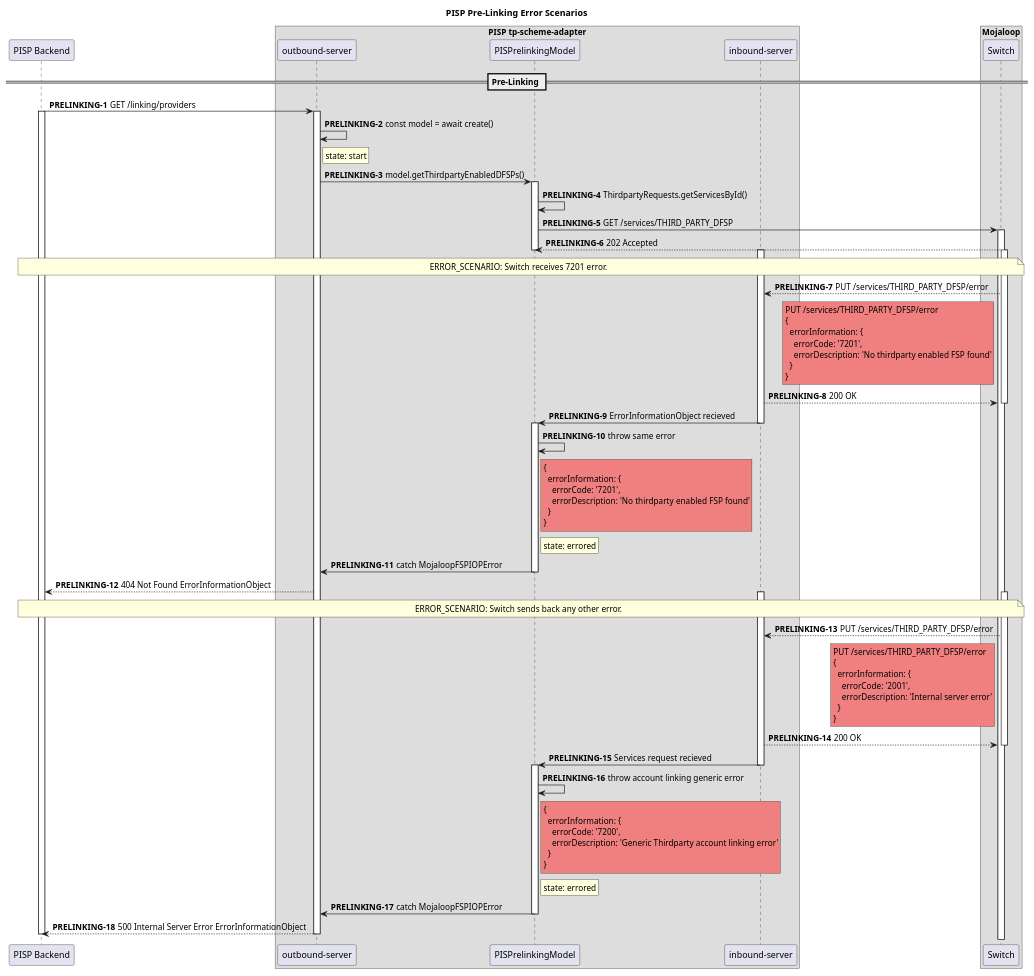
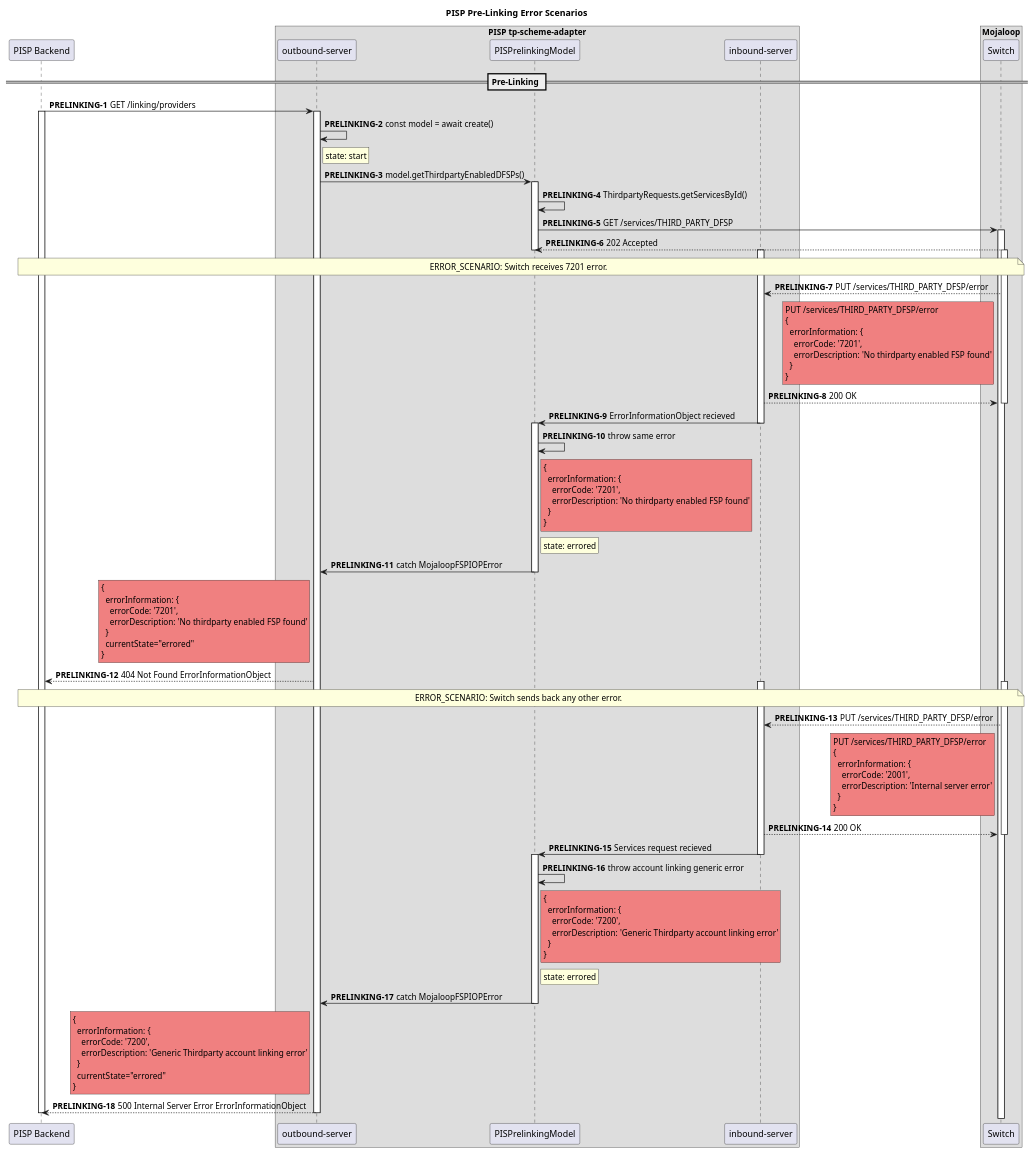
The diagram in docs/sequence/error_scenarios/PISPPreLinkingApi.puml (mojaloop/thirdparty-sdk), drawn with PlantUML before and after one commit. The commit also changed 3 other files, not shown here.

```diff
--- a/docs/sequence/error_scenarios/PISPPreLinkingApi.puml
+++ b/docs/sequence/error_scenarios/PISPPreLinkingApi.puml
@@ -1,123 +1,139 @@
 @startuml
 
 title PISP Pre-Linking Error Scenarios
 
 participant "PISP Backend" as PISP
 box "PISP tp-scheme-adapter"
   participant "outbound-server" as PISP_TP_OUT
   participant "PISPrelinkingModel" as PISP_PLM
   participant "inbound-server" as PISP_TP_IN
 end box
 box "Mojaloop"
     participant Switch
 end box
 
 == Pre-Linking ==
 autonumber 1 "<b>PRELINKING-#</b>"
 
 PISP -> PISP_TP_OUT: GET /linking/providers
 
 activate PISP
 activate PISP_TP_OUT
 
 PISP_TP_OUT -> PISP_TP_OUT: const model = await create()
 rnote right of PISP_TP_OUT: state: start
 PISP_TP_OUT -> PISP_PLM: model.getThirdpartyEnabledDFSPs()
 
 activate PISP_PLM
 
 PISP_PLM -> PISP_PLM: ThirdpartyRequests.getServicesById()
 PISP_PLM -> Switch: GET /services/THIRD_PARTY_DFSP
 
 activate Switch
 Switch --> PISP_PLM: 202 Accepted
 deactivate PISP_PLM
 
 note over PISP, Switch
   ERROR_SCENARIO: Switch receives 7201 error.
 end note
 
 activate PISP_TP_IN
 activate Switch
 
 Switch --> PISP_TP_IN: PUT /services/THIRD_PARTY_DFSP/error
 rnote left of Switch #LightCoral
 PUT /services/THIRD_PARTY_DFSP/error
 {
   errorInformation: {
     errorCode: '7201',
     errorDescription: 'No thirdparty enabled FSP found'
   }
 }
 end note
 PISP_TP_IN --> Switch: 200 OK
 
 deactivate Switch
 
 PISP_TP_IN -> PISP_PLM: ErrorInformationObject recieved
 
 deactivate PISP_TP_IN
 activate PISP_PLM
 
 PISP_PLM -> PISP_PLM: throw same error
 rnote right of PISP_PLM #LightCoral
 {
   errorInformation: {
     errorCode: '7201',
     errorDescription: 'No thirdparty enabled FSP found'
   }
 }
 end note
 rnote right of PISP_PLM: state: errored
 PISP_PLM -> PISP_TP_OUT: catch MojaloopFSPIOPError
 
 deactivate PISP_PLM
-
+rnote left of PISP_TP_OUT #LightCoral
+{
+  errorInformation: {
+    errorCode: '7201',
+    errorDescription: 'No thirdparty enabled FSP found'
+  }
+  currentState="errored"
+}
+end note
 PISP_TP_OUT --> PISP: 404 Not Found ErrorInformationObject
 
 
 note over PISP, Switch
   ERROR_SCENARIO: Switch sends back any other error.
 end note
 
 activate PISP_TP_IN
 activate Switch
 Switch --> PISP_TP_IN: PUT /services/THIRD_PARTY_DFSP/error
 rnote left of Switch #LightCoral
 PUT /services/THIRD_PARTY_DFSP/error
 {
   errorInformation: {
     errorCode: '2001',
     errorDescription: 'Internal server error'
   }
 }
 end note
 PISP_TP_IN --> Switch: 200 OK
 
 deactivate Switch
 
 PISP_TP_IN -> PISP_PLM: Services request recieved
 
 deactivate PISP_TP_IN
 activate PISP_PLM
 
 PISP_PLM -> PISP_PLM: throw account linking generic error
 rnote right of PISP_PLM #LightCoral
 {
   errorInformation: {
     errorCode: '7200',
     errorDescription: 'Generic Thirdparty account linking error'
   }
 }
 end note
 rnote right of PISP_PLM: state: errored
 PISP_PLM -> PISP_TP_OUT: catch MojaloopFSPIOPError
 
 deactivate PISP_PLM
-
+rnote left of PISP_TP_OUT #LightCoral
+{
+  errorInformation: {
+    errorCode: '7200',
+    errorDescription: 'Generic Thirdparty account linking error'
+  }
+  currentState="errored"
+}
+end note
 PISP_TP_OUT --> PISP: 500 Internal Server Error ErrorInformationObject
 
 deactivate PISP_TP_OUT
 deactivate PISP
 
 @enduml
```
